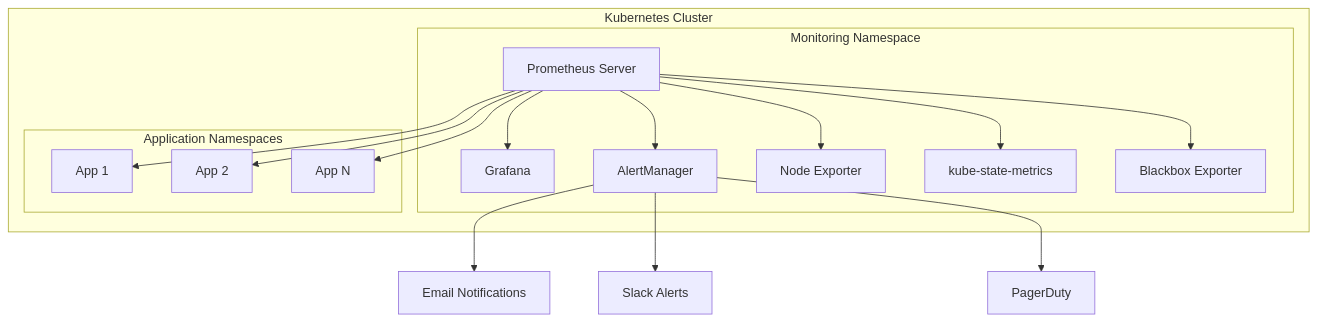
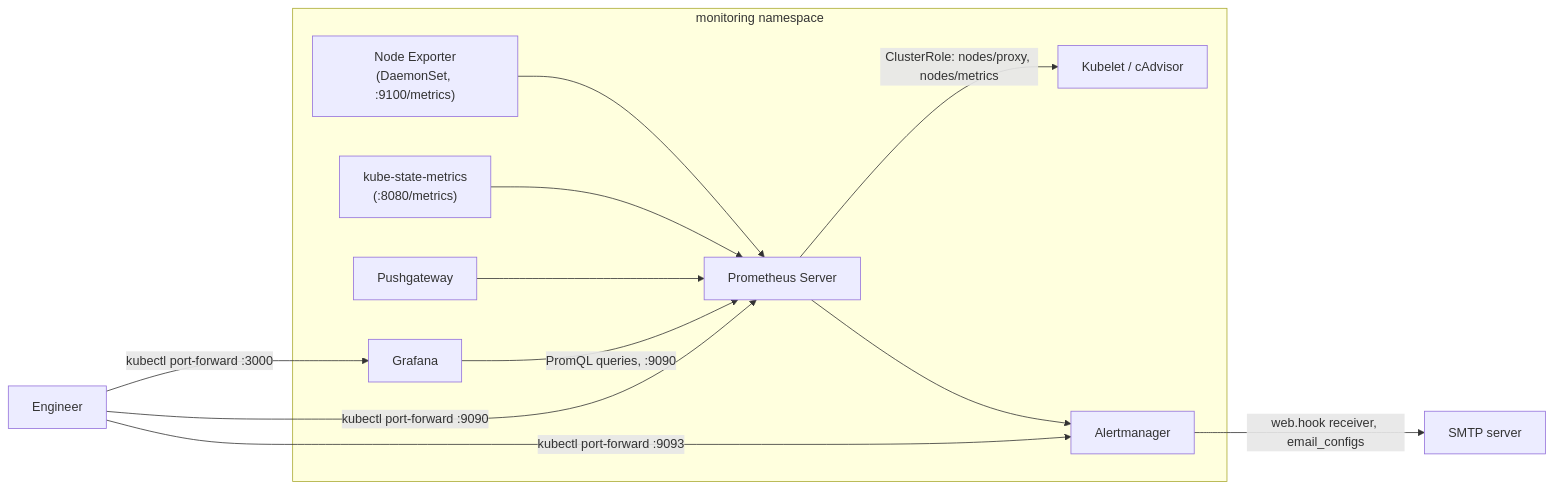
The diagram in README.md (soodrajesh/Kubernetes-Prometheus-Grafana-Monitoring), drawn with Mermaid before and after one commit. The commit also changed other lines of this file and 14 other files, not shown here.

````diff
--- a/README.md
+++ b/README.md
@@ -79,32 +37,15 @@
 ```mermaid
-graph TB
-    subgraph "Kubernetes Cluster"
-        subgraph "Monitoring Namespace"
-            P[Prometheus Server]
-            G[Grafana]
-            AM[AlertManager]
-            NE[Node Exporter]
-            KSM[kube-state-metrics]
-            BE[Blackbox Exporter]
-        end
-        
-        subgraph "Application Namespaces"
-            APP1[App 1]
-            APP2[App 2]
-            APP3[App N]
-        end
+graph LR
+    subgraph "monitoring namespace"
+        NE["Node Exporter\n(DaemonSet, :9100/metrics)"] --> P[Prometheus Server]
+        KSM["kube-state-metrics\n(:8080/metrics)"] --> P
+        PG[Pushgateway] --> P
+        P -->|"ClusterRole: nodes/proxy, nodes/metrics"| KL["Kubelet / cAdvisor"]
+        P --> AM[Alertmanager]
+        G[Grafana] -->|"PromQL queries, :9090"| P
     end
-    
-    P --> G
-    P --> AM
-    P --> NE
-    P --> KSM
-    P --> BE
-    P --> APP1
-    P --> APP2
-    P --> APP3
-    
-    AM --> EMAIL[Email Notifications]
-    AM --> SLACK[Slack Alerts]
-    AM --> PD[PagerDuty]
+    AM -->|"web.hook receiver, email_configs"| SMTP[SMTP server]
+    ENG[Engineer] -->|"kubectl port-forward :3000"| G
+    ENG -->|"kubectl port-forward :9090"| P
+    ENG -->|"kubectl port-forward :9093"| AM
 ```
````
